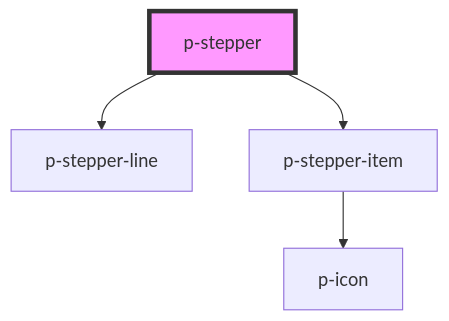
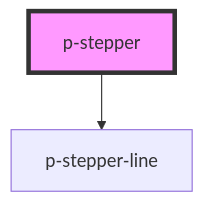
Before and after one commit to Employes/paperless: the diagram in packages/core/src/components/molecules/stepper/readme.md, drawn with Mermaid. The commit also changed other lines of this file and 5 other files, not shown here.

````diff
--- a/packages/core/src/components/molecules/stepper/readme.md
+++ b/packages/core/src/components/molecules/stepper/readme.md
@@ -33,7 +32,5 @@
 ```mermaid
 graph TD;
   p-stepper --> p-stepper-line
-  p-stepper --> p-stepper-item
-  p-stepper-item --> p-icon
   style p-stepper fill:#f9f,stroke:#333,stroke-width:4px
 ```
````
